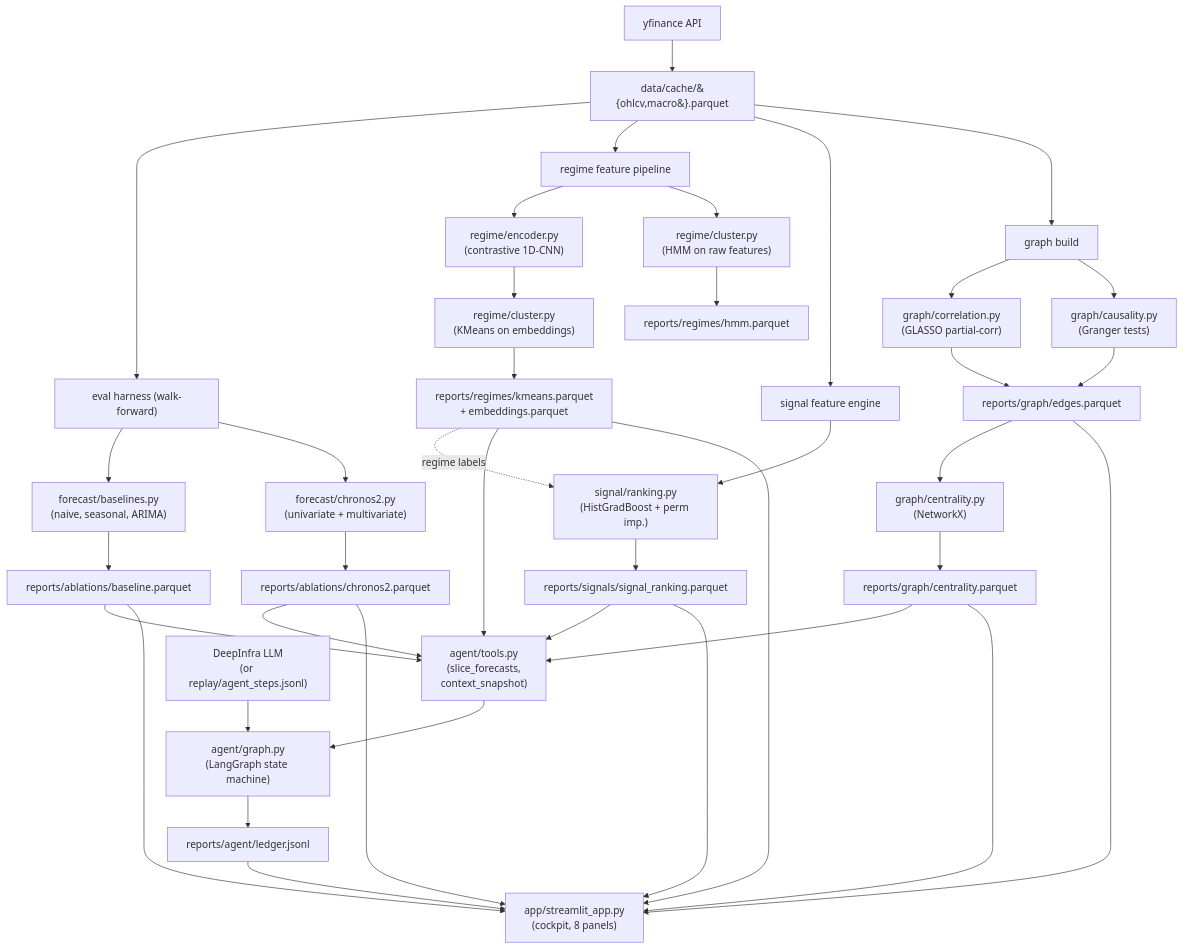
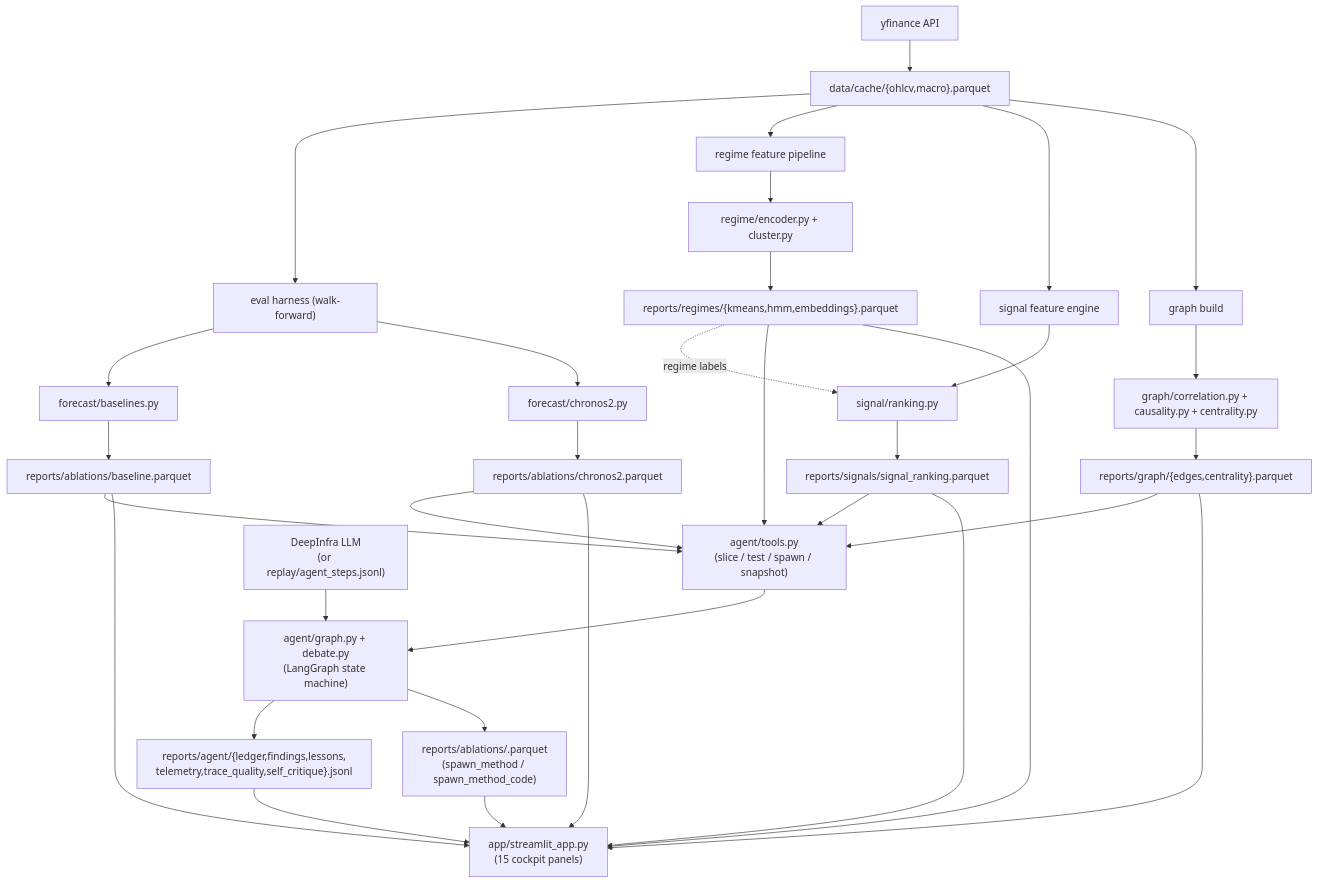
One commit to Aleksander2a/ai-research changed the diagram in docs/ARCHITECTURE.md. Above: the diagram before and after it, drawn with Mermaid. The commit also changed other lines of this file and 4 other files, not shown here.

First line of the commit message:
docs: comprehensive final-state rewrite of README, REPORT, ARCHITECTURE, cockpit

````diff
--- a/docs/ARCHITECTURE.md
+++ b/docs/ARCHITECTURE.md
@@ -22,48 +49,42 @@
 ```mermaid
 flowchart TD
-  YF["yfinance API"] --> DC["data/cache/&#123;ohlcv,macro&#125;.parquet"]
+  YF["yfinance API"] --> DC["data/cache/{ohlcv,macro}.parquet"]
   DC --> EH["eval harness (walk-forward)"]
   DC --> RFP["regime feature pipeline"]
   DC --> SFP["signal feature engine"]
   DC --> GFP["graph build"]
 
-  EH --> BL["forecast/baselines.py<br/>(naive, seasonal, ARIMA)"]
-  EH --> CH["forecast/chronos2.py<br/>(univariate + multivariate)"]
+  EH --> BL["forecast/baselines.py"]
+  EH --> CH["forecast/chronos2.py"]
   BL --> AB["reports/ablations/baseline.parquet"]
   CH --> AB2["reports/ablations/chronos2.parquet"]
 
-  RFP --> RE["regime/encoder.py<br/>(contrastive 1D-CNN)"]
-  RE --> KM["regime/cluster.py<br/>(KMeans on embeddings)"]
-  RFP --> HM["regime/cluster.py<br/>(HMM on raw features)"]
-  KM --> RL["reports/regimes/kmeans.parquet<br/>+ embeddings.parquet"]
-  HM --> RL2["reports/regimes/hmm.parquet"]
+  RFP --> RE["regime/encoder.py + cluster.py"]
+  RE --> RL["reports/regimes/{kmeans,hmm,embeddings}.parquet"]
 
-  SFP --> SR["signal/ranking.py<br/>(HistGradBoost + perm imp.)"]
+  SFP --> SR["signal/ranking.py"]
   RL -.regime labels.-> SR
   SR --> SS["reports/signals/signal_ranking.parquet"]
 
-  GFP --> GLA["graph/correlation.py<br/>(GLASSO partial-corr)"]
-  GFP --> GR["graph/causality.py<br/>(Granger tests)"]
-  GLA --> GE["reports/graph/edges.parquet"]
-  GR --> GE
-  GE --> CE["graph/centrality.py<br/>(NetworkX)"]
-  CE --> CT["reports/graph/centrality.parquet"]
+  GFP --> GLA["graph/correlation.py + causality.py + centrality.py"]
+  GLA --> GE["reports/graph/{edges,centrality}.parquet"]
 
-  AB --> AG["agent/tools.py<br/>(slice_forecasts,<br/> context_snapshot)"]
+  AB --> AG["agent/tools.py<br/>(slice / test / spawn / snapshot)"]
   AB2 --> AG
   RL --> AG
   SS --> AG
-  CT --> AG
+  GE --> AG
 
-  AG --> SM["agent/graph.py<br/>(LangGraph state machine)"]
+  AG --> SM["agent/graph.py + debate.py<br/>(LangGraph state machine)"]
   LLM["DeepInfra LLM<br/>(or replay/agent_steps.jsonl)"] --> SM
-  SM --> LJ["reports/agent/ledger.jsonl"]
+  SM --> AGW["reports/agent/{ledger,findings,lessons,<br/>telemetry,trace_quality,self_critique}.jsonl"]
+  SM --> AGENB["reports/ablations/<agent-authored>.parquet<br/>(spawn_method / spawn_method_code)"]
 
-  AB --> CK["app/streamlit_app.py<br/>(cockpit, 8 panels)"]
+  AB --> CK["app/streamlit_app.py<br/>(15 cockpit panels)"]
   AB2 --> CK
   RL --> CK
   SS --> CK
   GE --> CK
-  CT --> CK
-  LJ --> CK
+  AGW --> CK
+  AGENB --> CK
 ```
````
